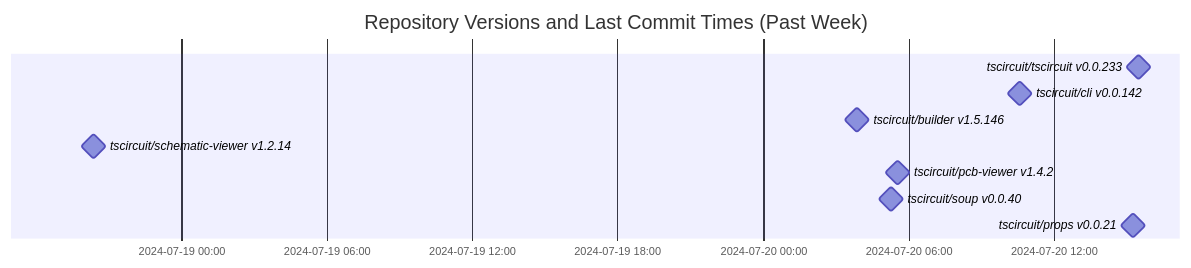
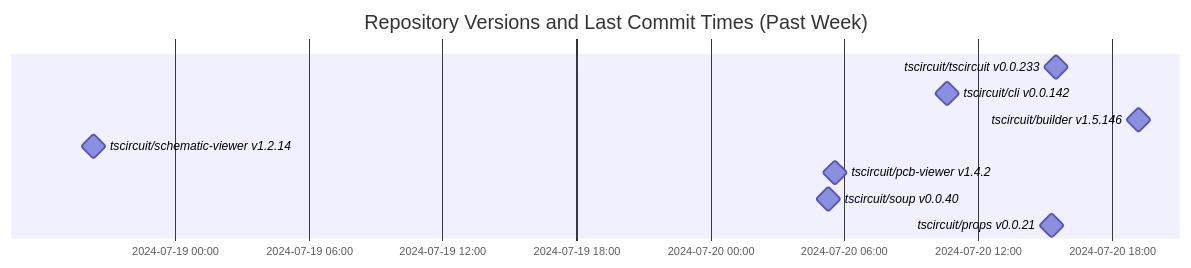
The diagram in README.md (tscircuit/version-tracker), drawn with Mermaid before and after one commit.

Commit message:
Update chart

````diff
--- a/README.md
+++ b/README.md
@@ -1,14 +1,14 @@
 ```mermaid
 gantt
   dateFormat  YYYY-MM-DD HH:mm:ss
   title Repository Versions and Last Commit Times (Past Week)
   axisFormat %Y-%m-%d %H:%M
 
   tscircuit/tscircuit v0.0.233 : milestone, 2024-07-20 15:31:10, 1s
   tscircuit/cli v0.0.142 : milestone, 2024-07-20 10:36:15, 1s
-  tscircuit/builder v1.5.146 : milestone, 2024-07-20 03:52:26, 1s
+  tscircuit/builder v1.5.146 : milestone, 2024-07-20 19:11:54, 1s
   tscircuit/schematic-viewer v1.2.14 : milestone, 2024-07-18 20:20:40, 1s
   tscircuit/pcb-viewer v1.4.2 : milestone, 2024-07-20 05:34:23, 1s
   tscircuit/soup v0.0.40 : milestone, 2024-07-20 05:18:19, 1s
   tscircuit/props v0.0.21 : milestone, 2024-07-20 15:18:01, 1s
 ```
````
